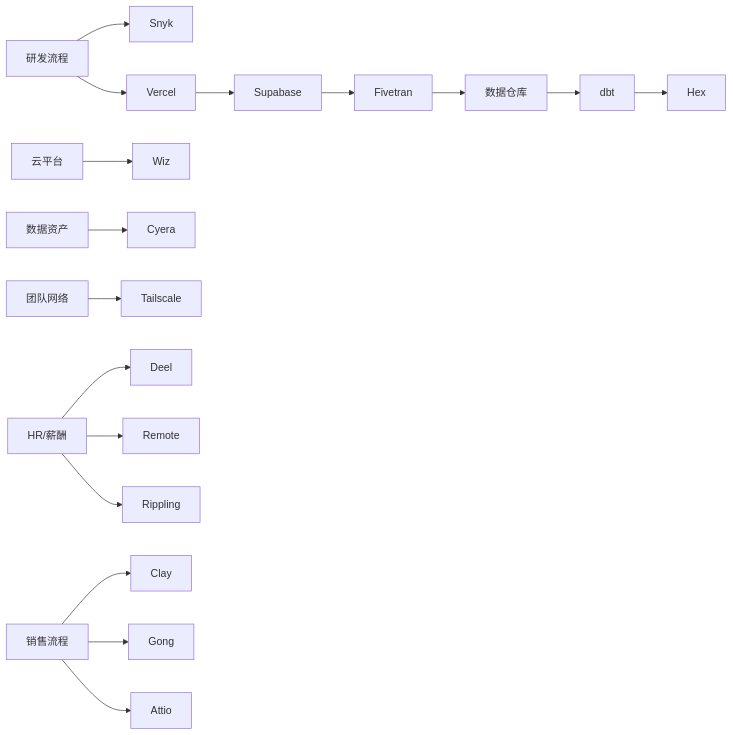
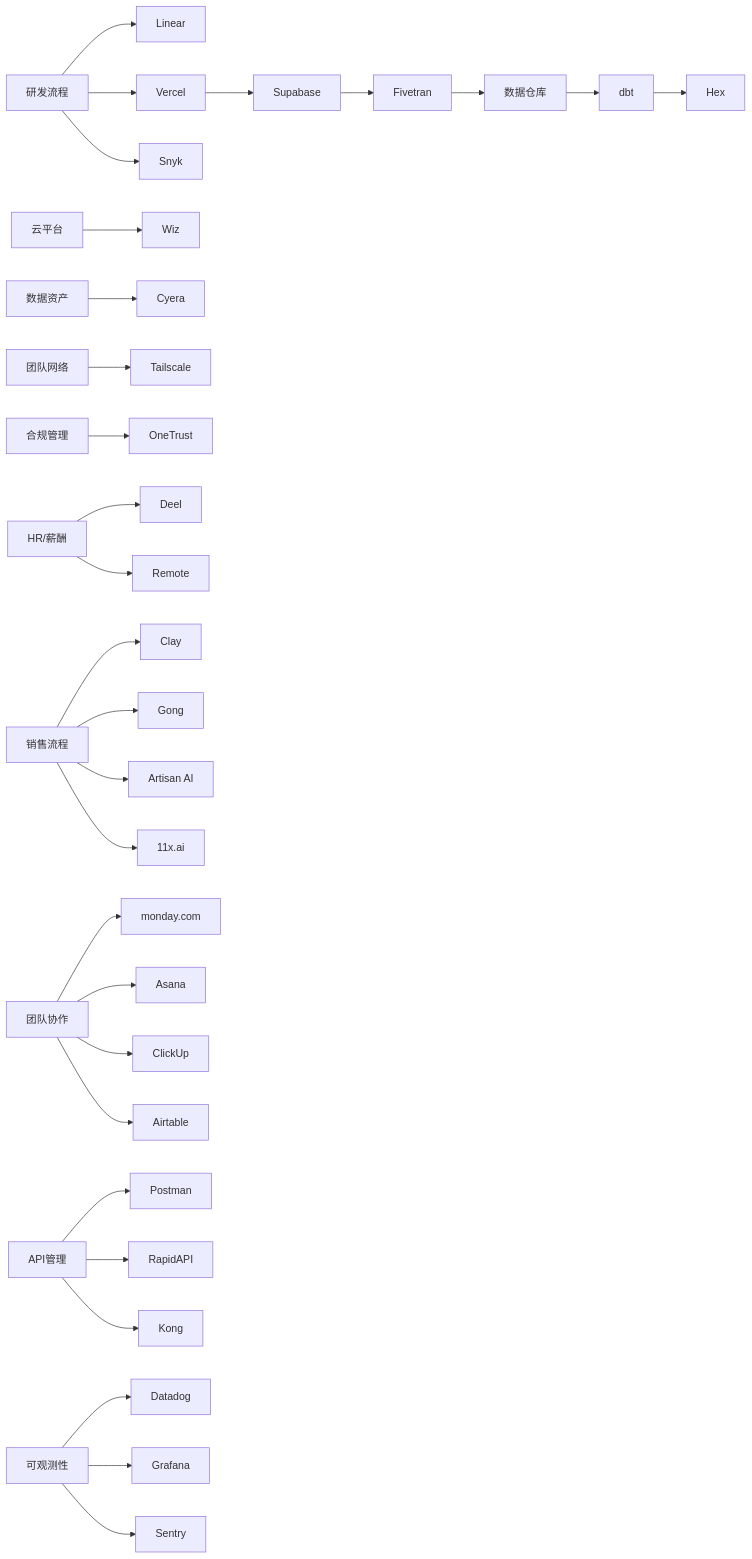
The third of 3 diagrams in .qoder/repowiki/zh/content/企业服务 _ 开发者工具/企业服务 _ 开发者工具.md (allengaller/awesome-startups), drawn with Mermaid before and after one commit. The commit also changed other lines of this file and 20 other files, not shown here.

````diff
--- a/.qoder/repowiki/zh/content/企业服务 _ 开发者工具/企业服务 _ 开发者工具.md
+++ b/.qoder/repowiki/zh/content/企业服务 _ 开发者工具/企业服务 _ 开发者工具.md
@@ -248,19 +402,31 @@
 ```mermaid
 graph LR
-Dev["研发流程"] --> Snyk["Snyk"]
+Dev["研发流程"] --> Linear["Linear"]
 Dev --> Vercel["Vercel"]
 Vercel --> Supabase["Supabase"]
+Dev --> Snyk["Snyk"]
 Supabase --> Fivetran["Fivetran"]
 Fivetran --> DW["数据仓库"]
 DW --> dbt["dbt"]
 dbt --> Hex["Hex"]
 Cloud["云平台"] --> Wiz["Wiz"]
 Data["数据资产"] --> Cyera["Cyera"]
 Team["团队网络"] --> Tailscale["Tailscale"]
+Compliance["合规管理"] --> OneTrust["OneTrust"]
 HR["HR/薪酬"] --> Deel["Deel"]
 HR --> Remote["Remote"]
-HR --> Rippling["Rippling"]
 Sales["销售流程"] --> Clay["Clay"]
 Sales --> Gong["Gong"]
-Sales --> Attio["Attio"]
+Sales --> Artisan["Artisan AI"]
+Sales --> ElevenX["11x.ai"]
+Collab["团队协作"] --> Monday["monday.com"]
+Collab --> Asana["Asana"]
+Collab --> ClickUp["ClickUp"]
+Collab --> Airtable["Airtable"]
+API["API管理"] --> Postman["Postman"]
+API --> RapidAPI["RapidAPI"]
+API --> Kong["Kong"]
+Obs["可观测性"] --> Datadog["Datadog"]
+Obs --> Grafana["Grafana"]
+Obs --> Sentry["Sentry"]
 ```
````
